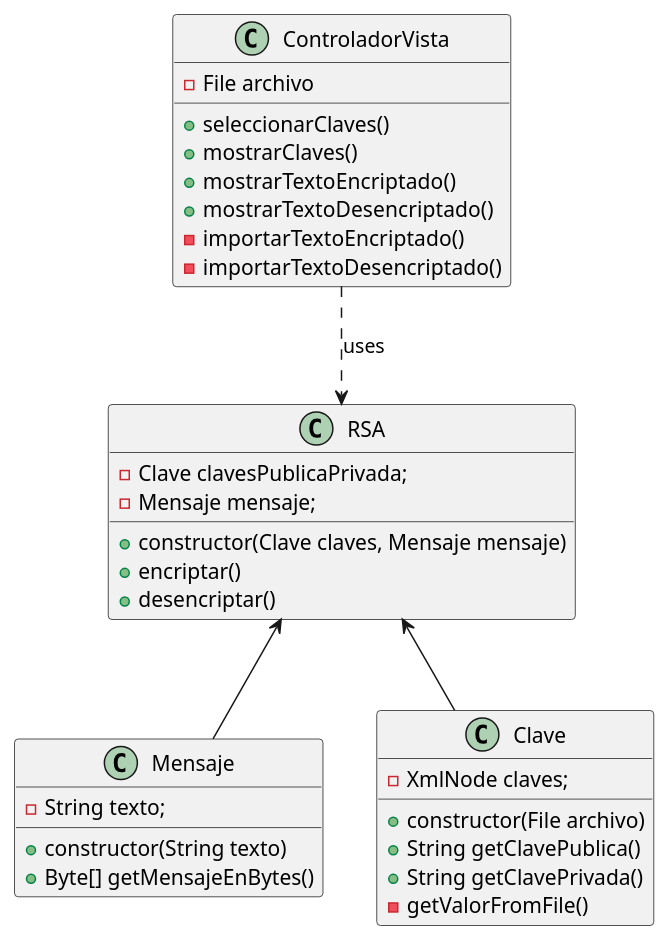
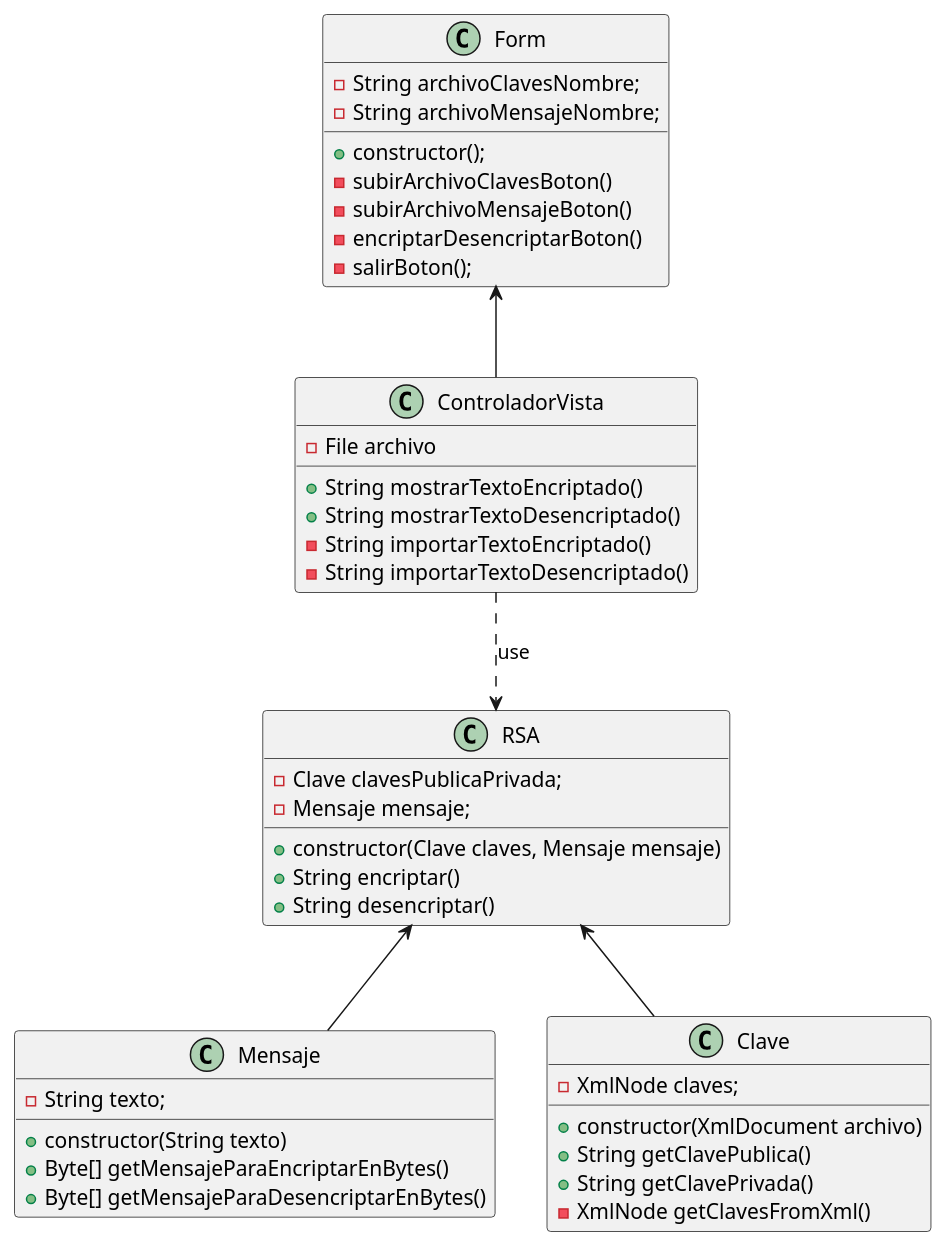
The diagram in ProyectoFinal/docs/diagramaDeClases.plantuml (josueMerino/cripto-final), drawn with PlantUML before and after one commit. The commit also changed 3 other files, not shown here.

Commit message:
Cambios finales a diagrama y código

```diff
--- a/ProyectoFinal/docs/diagramaDeClases.plantuml
+++ b/ProyectoFinal/docs/diagramaDeClases.plantuml
@@ -1,38 +1,48 @@
 @startuml
+
+class Form {
+    - String archivoClavesNombre;
+    - String archivoMensajeNombre;
+    + constructor();
+    - subirArchivoClavesBoton()
+    - subirArchivoMensajeBoton()
+    - encriptarDesencriptarBoton()
+    - salirBoton();
+}
 
 class ControladorVista{
     - File archivo
-    + seleccionarClaves()
-    + mostrarClaves()
-    + mostrarTextoEncriptado()
-    + mostrarTextoDesencriptado()
-    - importarTextoEncriptado()
-    - importarTextoDesencriptado()
+    + String mostrarTextoEncriptado()
+    + String mostrarTextoDesencriptado()
+    - String importarTextoEncriptado()
+    - String importarTextoDesencriptado()
 
 }
 class RSA {
     - Clave clavesPublicaPrivada;
     - Mensaje mensaje;
     + constructor(Clave claves, Mensaje mensaje)
-    + encriptar()
-    + desencriptar()
+    + String encriptar()
+    + String desencriptar()
 }
 
 class Mensaje{
     - String texto;
     + constructor(String texto)
-    + Byte[] getMensajeEnBytes()
+    + Byte[] getMensajeParaEncriptarEnBytes()
+    + Byte[] getMensajeParaDesencriptarEnBytes()
 }
 
 class Clave{
     - XmlNode claves;
-    + constructor(File archivo)
+    + constructor(XmlDocument archivo)
     + String getClavePublica()
     + String getClavePrivada()
-    - getValorFromFile()
+    - XmlNode getClavesFromXml()
 }
 
-ControladorVista ..> RSA : uses
+Form <-- ControladorVista
+RSA <.u. ControladorVista : use
 Clave -u-> RSA
 Mensaje -u-> RSA
 @enduml
```
